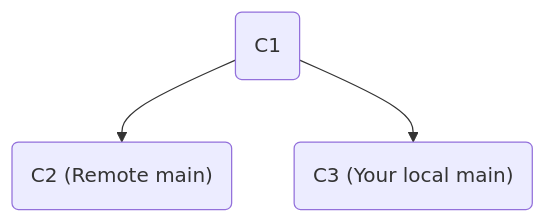
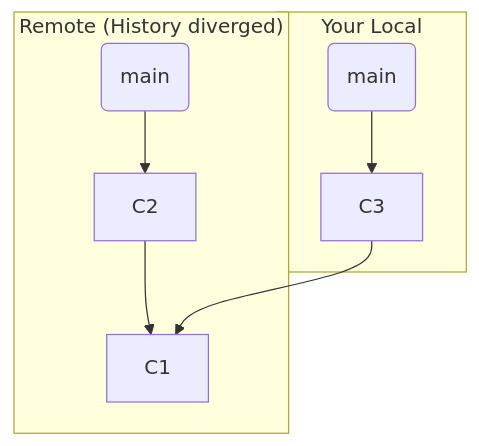
Before and after one commit to engineers-hub-ltd-in-house-project/git-deep-understanding: the second of 2 diagrams in manuscript/part5/chapter28.md, drawn with Mermaid. The commit also changed other lines of this file and 36 other files, not shown here.

````diff
--- a/manuscript/part5/chapter28.md
+++ b/manuscript/part5/chapter28.md
@@ -85,5 +52,9 @@
 ```mermaid
 graph TD
-    C1("C1") --> C2("C2 (Remote main)")
-    C1 --> C3("C3 (Your local main)")
+    subgraph "Remote (History diverged)"
+        A("main") --> C2 --> C1
+    end
+    subgraph "Your Local"
+        B("main") --> C3 --> C1
+    end
 ```
````
